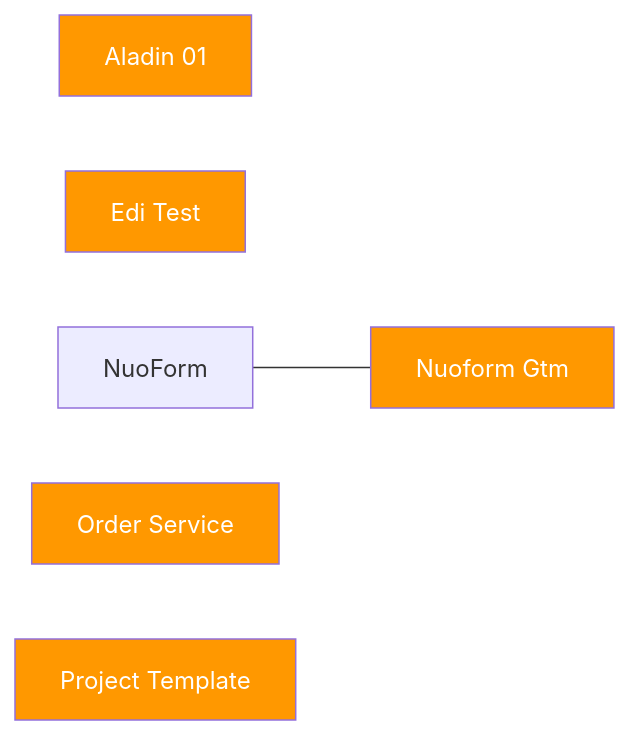
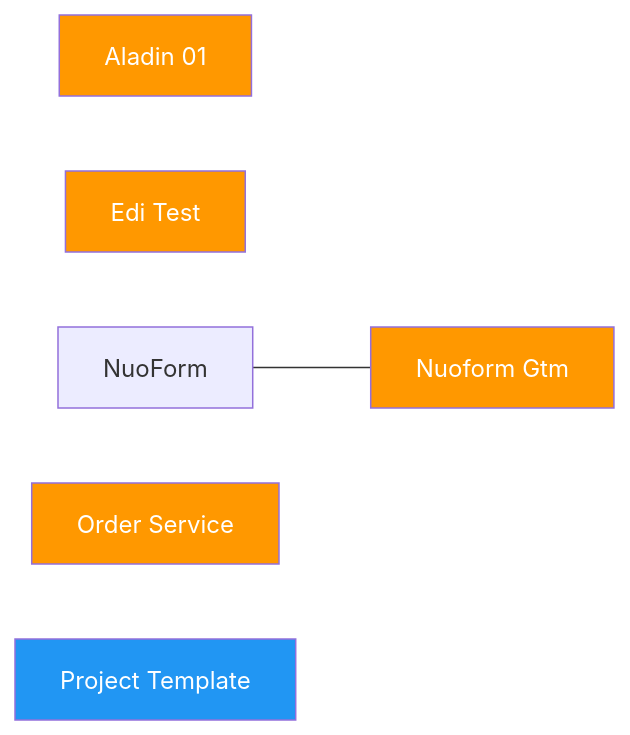
The diagram in docs/dependency-graph.md (Katty-Fashion/kf-cpto), drawn with Mermaid before and after one commit. The commit also changed other lines of this file and 8 other files, not shown here.

````diff
--- a/docs/dependency-graph.md
+++ b/docs/dependency-graph.md
@@ -10,12 +10,12 @@
 ```mermaid
 graph LR
     Aladin-01[Aladin 01]:::internal
     Edi-test[Edi Test]:::internal
     NuoForm---GTM[Nuoform   Gtm]:::internal
     order-service[Order Service]:::internal
-    project-template[Project Template]:::internal
+    project-template[Project Template]:::eu
 
     classDef saas fill:#4CAF50,color:#fff
     classDef eu fill:#2196F3,color:#fff
     classDef internal fill:#FF9800,color:#fff
 ```
````
